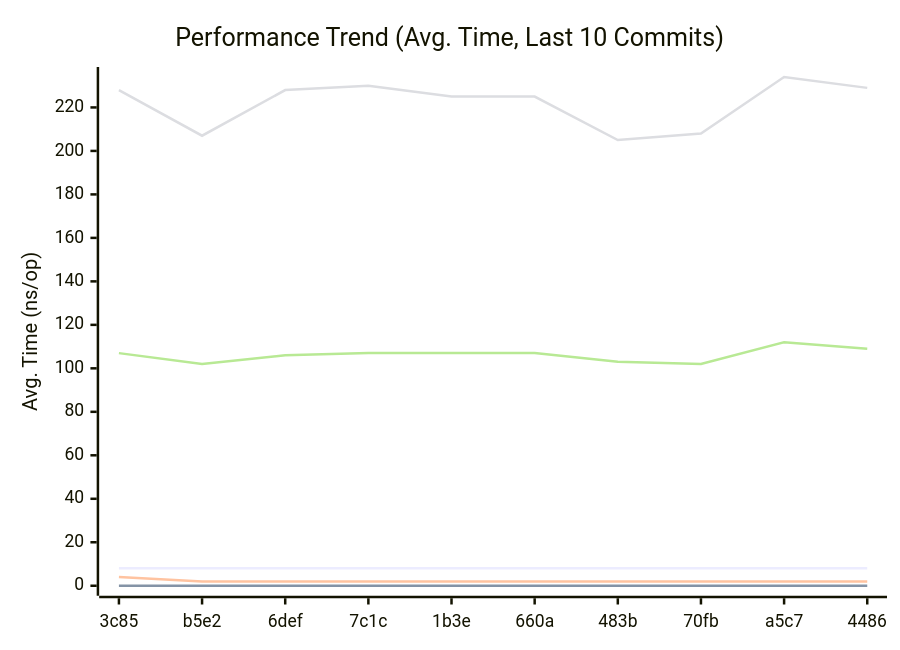
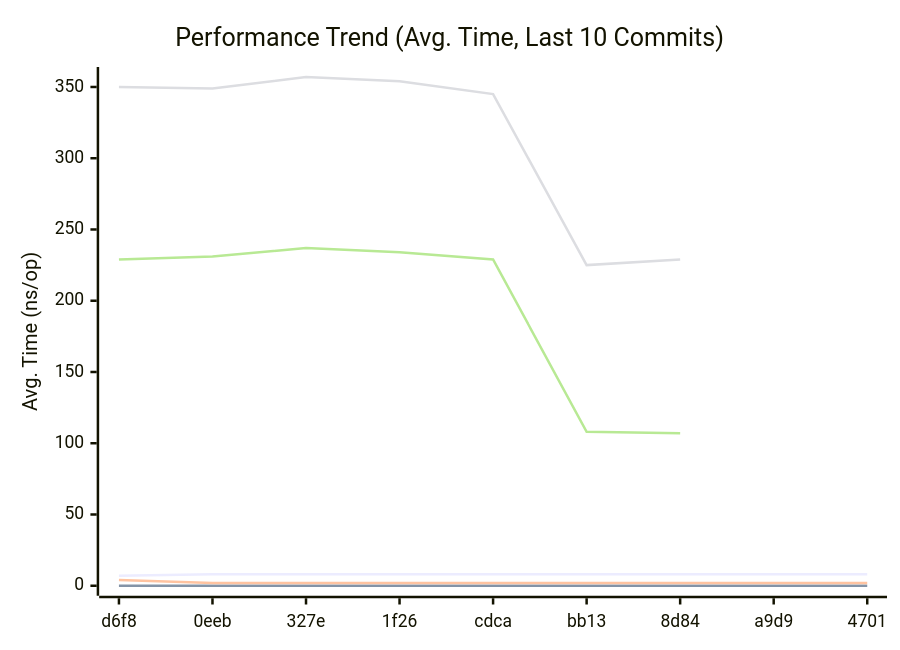
The first of 3 diagrams in doc/README.md (alsotoes/momo), drawn with Mermaid before and after one commit. The commit also changed other lines of this file and 16 other files, not shown here.

````diff
--- a/doc/README.md
+++ b/doc/README.md
@@ -290,12 +296,12 @@
 ```mermaid
 xychart-beta
     title "Performance Trend (Avg. Time, Last 10 Commits)"
     x-axis "Commit"
     y-axis "Avg. Time (ns/op)"
-    x-axis [3c85,b5e2,6def,7c1c,1b3e,660a,483b,70fb,a5c7,4486]
-    line "CheckMetricsAndSwap" [8,8,8,8,8,8,8,8,8,8]
+    x-axis [d6f8,0eeb,327e,1f26,cdca,bb13,8d84,a9d9,4701]
+    line "CheckMetricsAndSwap" [7,8,8,8,8,8,8,8,8,9]
     line "IndexDirectTracking" [0,0,0,0,0,0,0,0,0,0]
     line "IndexSearch" [4,2,2,2,2,2,2,2,2,2]
-    line "ParseReplicationOrder_NoPrealloc" [228,207,228,230,225,225,205,208,234,229]
-    line "ParseReplicationOrder_Prealloc" [107,102,106,107,107,107,103,102,112,109]
+    line "ParseReplicationOrder_NoPrealloc" [350,349,357,354,345,225,229]
+    line "ParseReplicationOrder_Prealloc" [229,231,237,234,229,108,107]
 ```
````
